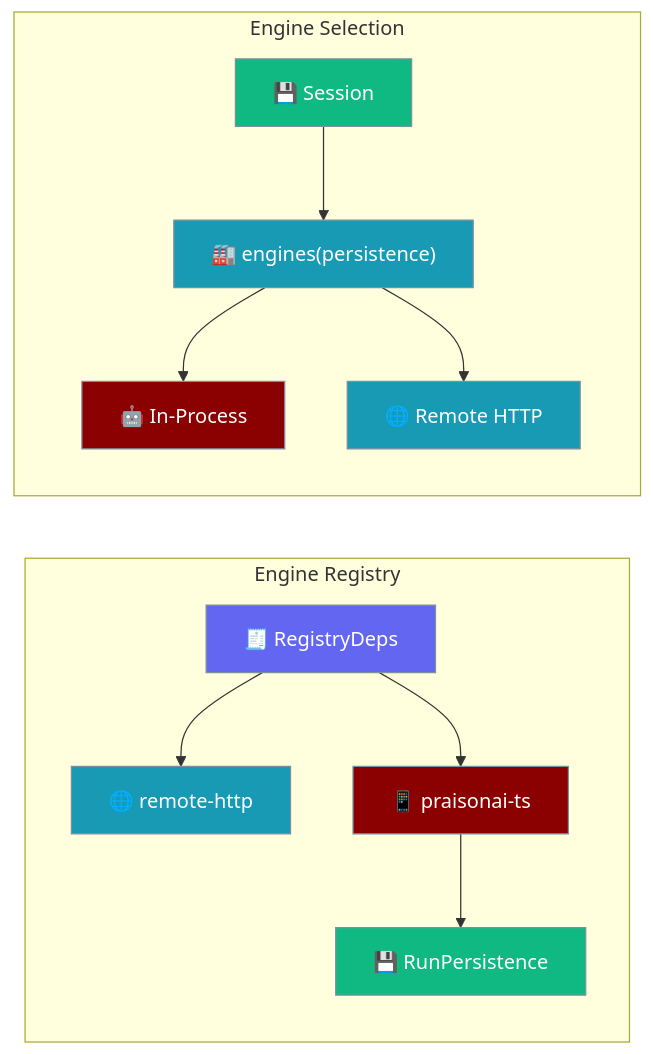
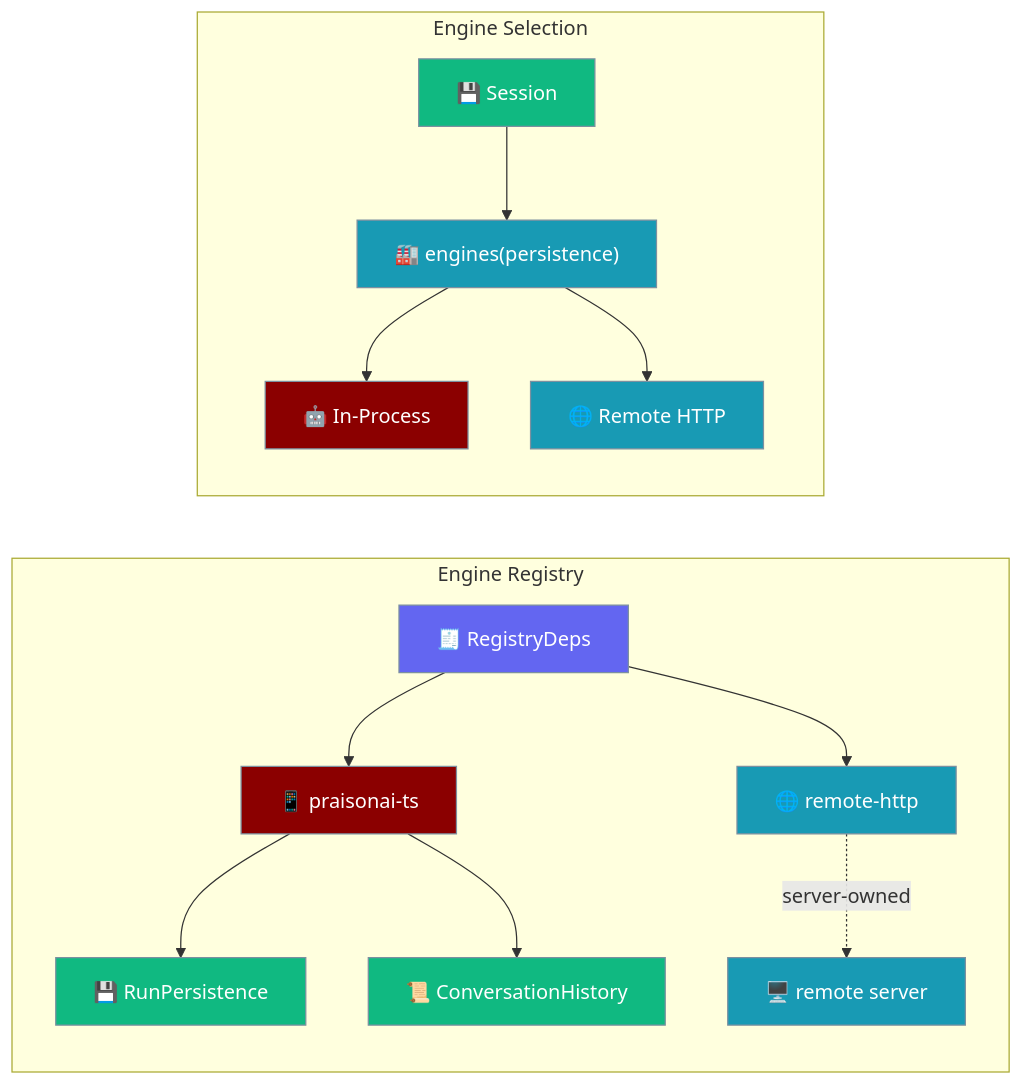
Before and after one commit to MervinPraison/PraisonAIDocs: the first of 6 diagrams in docs/features/mobile/engines.mdx, drawn with Mermaid. The commit also changed other lines of this file and 4 other files, not shown here.

````diff
--- a/docs/features/mobile/engines.mdx
+++ b/docs/features/mobile/engines.mdx
@@ -19,29 +19,32 @@
 ```mermaid
 graph LR
     subgraph "Engine Registry"
         R[🧾 RegistryDeps] --> H[🌐 remote-http]
         R --> I[📱 praisonai-ts]
         I --> P[💾 RunPersistence]
+        I --> Hist[📜 ConversationHistory]
+        H -.server-owned.-> Server[🖥️ remote server]
     end
 
     subgraph "Engine Selection"
         Session[💾 Session] --> Factory[🏭 engines#40;persistence#41;]
         Factory --> InProc[🤖 In-Process]
         Factory --> Remote[🌐 Remote HTTP]
     end
 
     classDef reg fill:#6366F1,stroke:#7C90A0,color:#fff
     classDef remote fill:#189AB4,stroke:#7C90A0,color:#fff
     classDef inproc fill:#8B0000,stroke:#7C90A0,color:#fff
     classDef store fill:#10B981,stroke:#7C90A0,color:#fff
     classDef process fill:#189AB4,stroke:#7C90A0,color:#fff
 
     class R reg
     class H remote
     class I inproc
-    class P store
+    class P,Hist store
+    class Server remote
     class Session store
     class Factory process
     class InProc inproc
     class Remote remote
 ```
````
